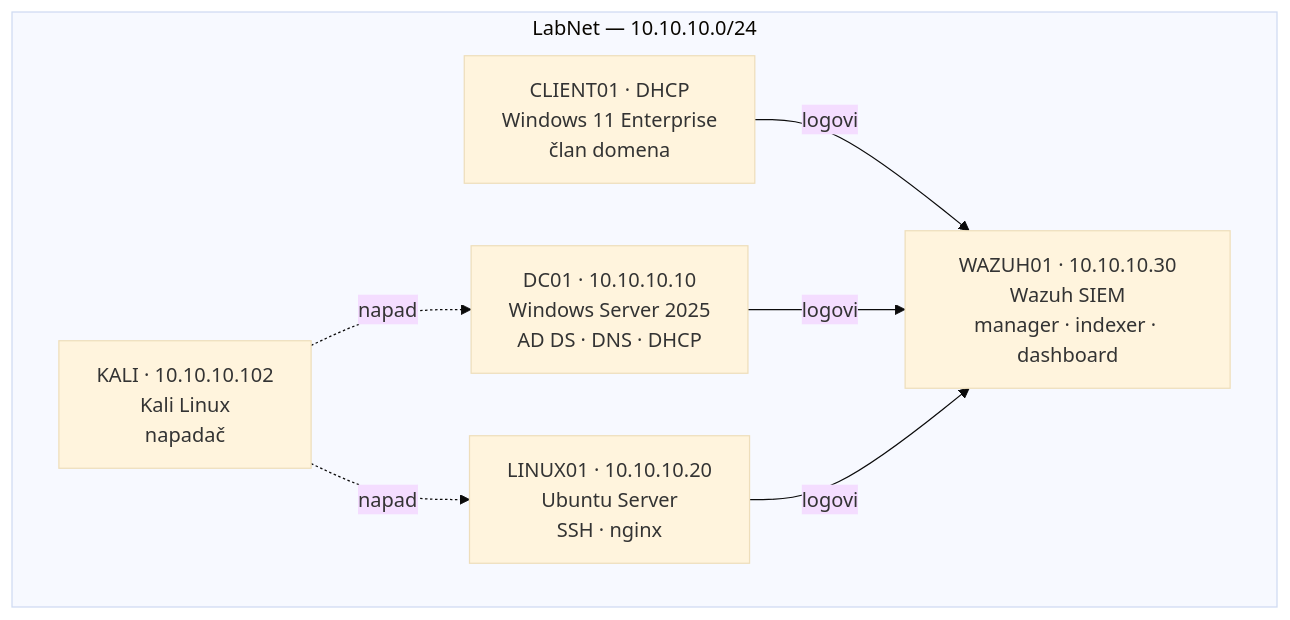
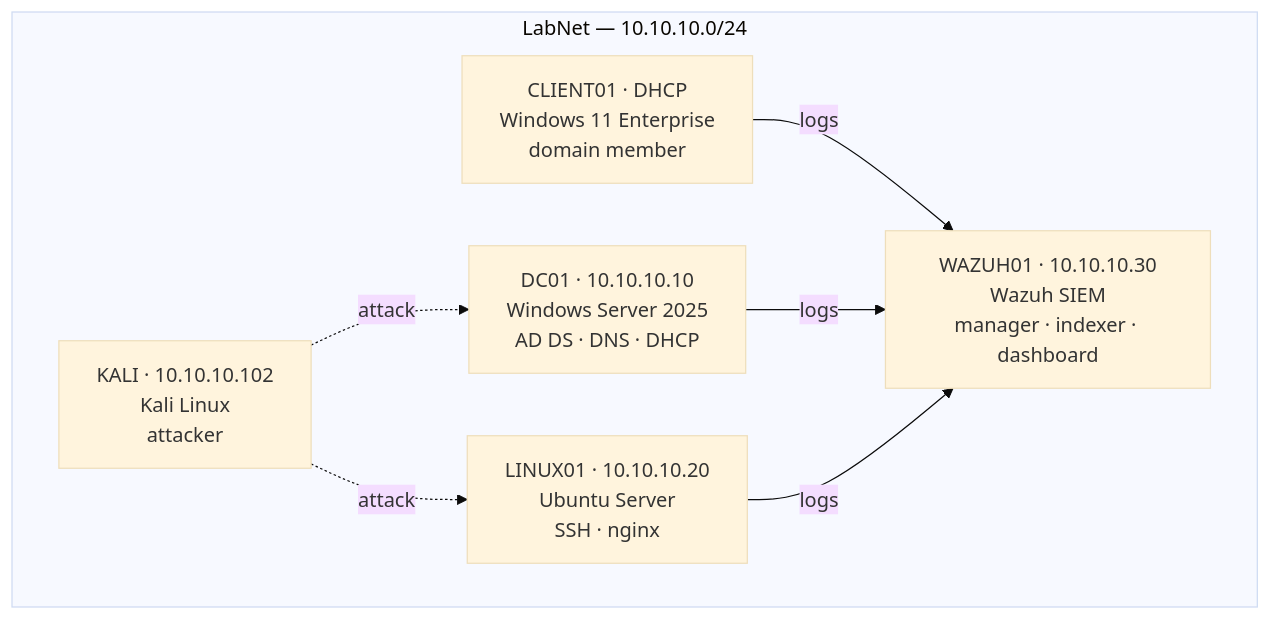
One commit to damjan1773/home-lab-soc changed the diagram in README.md. Above: the diagram before and after it, drawn with Mermaid (base theme). The commit also changed other lines of this file, not shown here.

````diff
--- a/README.md
+++ b/README.md
@@ -26,16 +26,16 @@
 ```mermaid
 graph TD
     subgraph LabNet["LabNet — 10.10.10.0/24"]
         DC01["DC01 · 10.10.10.10<br/>Windows Server 2025<br/>AD DS · DNS · DHCP"]
-        CLIENT01["CLIENT01 · DHCP<br/>Windows 11 Enterprise<br/>član domena"]
+        CLIENT01["CLIENT01 · DHCP<br/>Windows 11 Enterprise<br/>domain member"]
         LINUX01["LINUX01 · 10.10.10.20<br/>Ubuntu Server<br/>SSH · nginx"]
         WAZUH01["WAZUH01 · 10.10.10.30<br/>Wazuh SIEM<br/>manager · indexer · dashboard"]
-        KALI["KALI · 10.10.10.102<br/>Kali Linux<br/>napadač"]
+        KALI["KALI · 10.10.10.102<br/>Kali Linux<br/>attacker"]
     end
 
-    CLIENT01 -->|logovi| WAZUH01
-    DC01 -->|logovi| WAZUH01
-    LINUX01 -->|logovi| WAZUH01
-    KALI -.->|napad| DC01
-    KALI -.->|napad| LINUX01
+    CLIENT01 -->|logs| WAZUH01
+    DC01 -->|logs| WAZUH01
+    LINUX01 -->|logs| WAZUH01
+    KALI -.->|attack| DC01
+    KALI -.->|attack| LINUX01
 ```
````
